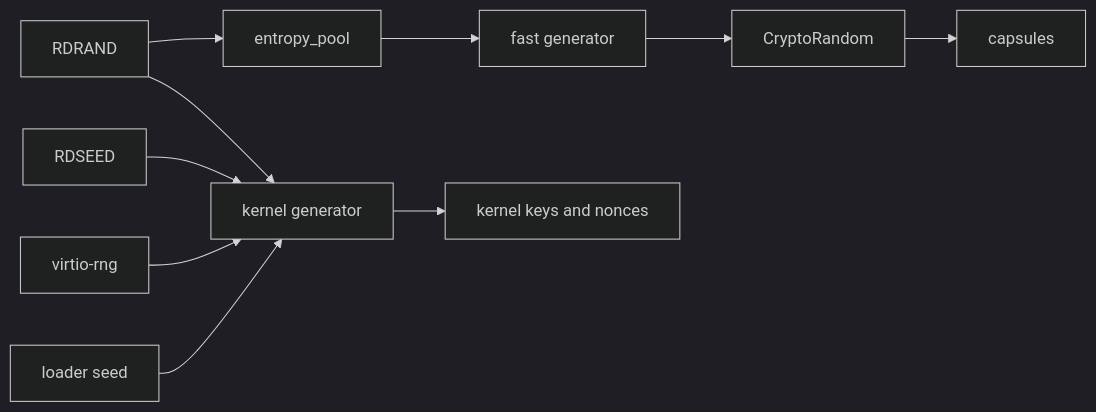
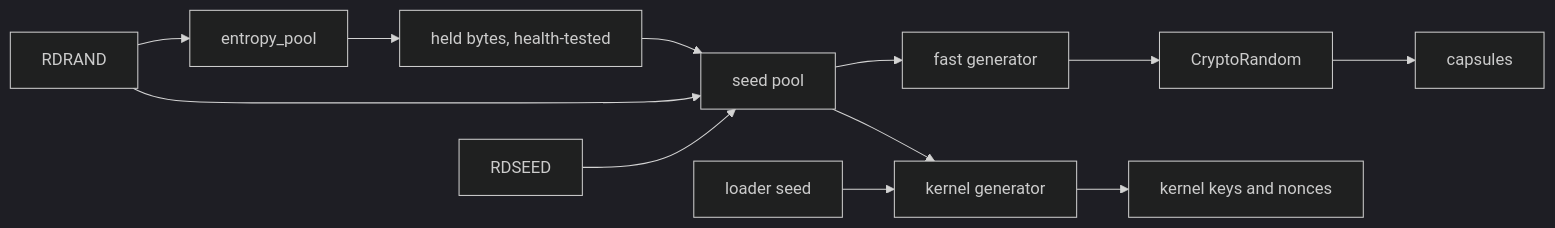
One commit to NON-OS/microkernel changed the diagram in docs/security/randomness-generators.md. Above: the diagram before and after it, drawn with Mermaid (dark theme). The commit also changed other lines of this file and 10 other files, not shown here.

Commit message:
docs: entropy as left it, no kernel virtio-rng, the capsule's bytes tested and mixed

````diff
--- a/docs/security/randomness-generators.md
+++ b/docs/security/randomness-generators.md
@@ -9,12 +9,14 @@
 ```mermaid
 flowchart LR
     RDRAND["RDRAND"] --> EP["entropy_pool"]
-    EP --> FG["fast generator"]
+    EP --> HB["held bytes, health-tested"]
+    HB --> SP["seed pool"]
+    RDRAND --> SP
+    RDSEED["RDSEED"] --> SP
+    SP --> FG["fast generator"]
     FG --> CR["CryptoRandom"]
     CR --> CAPS["capsules"]
-    RDRAND --> KG["kernel generator"]
-    RDSEED["RDSEED"] --> KG
-    VIRTIO["virtio-rng"] --> KG
+    SP --> KG["kernel generator"]
     SEED["loader seed"] --> KG
     KG --> KEYS["kernel keys and nonces"]
 ```
````
